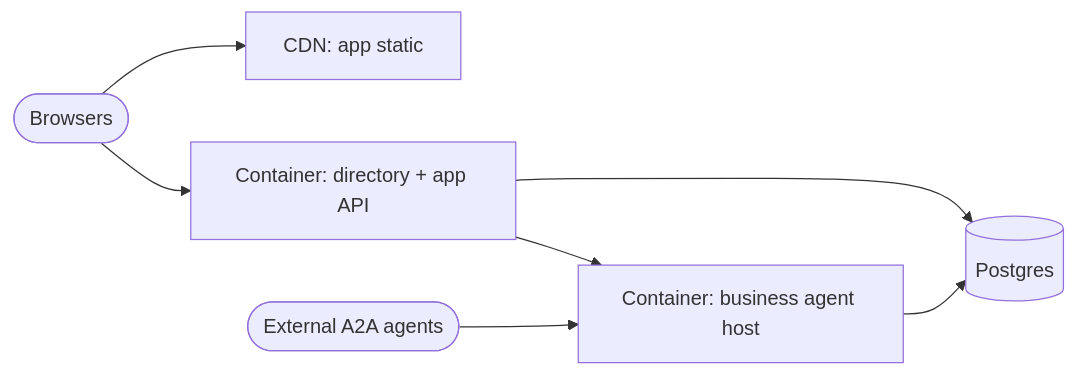
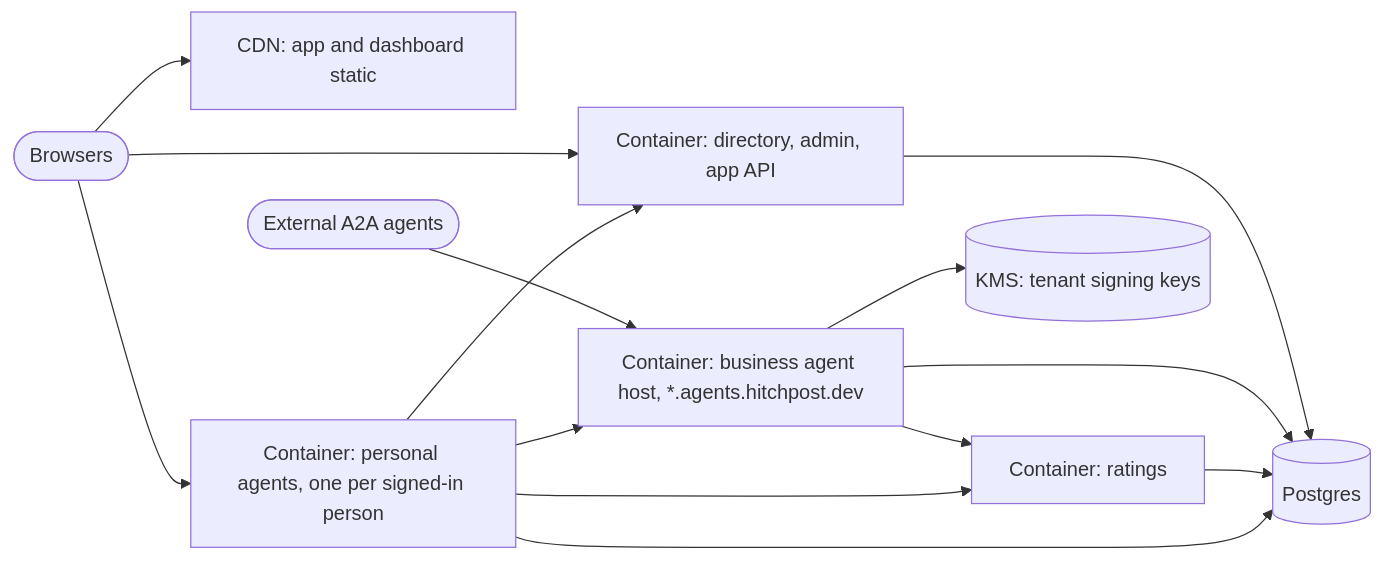
The seventh of 7 diagrams in docs/sad/10-architecture.md (Jannisar01/hitchpost), drawn with Mermaid before and after one commit. The commit also changed other lines of this file and 21 other files, not shown here.

````diff
--- a/docs/sad/10-architecture.md
+++ b/docs/sad/10-architecture.md
@@ -188,9 +257,16 @@
 ```mermaid
 flowchart LR
-  user([Browsers]) --> cdn[CDN: app static]
-  user --> api[Container: directory + app API]
-  ext([External A2A agents]) --> host[Container: business agent host]
+  user([Browsers]) --> cdn[CDN: app and dashboard static]
+  user --> api[Container: directory, admin, app API]
+  user --> pa[Container: personal agents, one per signed-in person]
+  ext([External A2A agents]) --> host["Container: business agent host, *.agents.hitchpost.dev"]
+  pa --> host
+  pa --> api
+  host --> rate[Container: ratings]
+  pa --> rate
   api --> pg[(Postgres)]
   host --> pg
-  api --> host
+  rate --> pg
+  pa --> pg
+  host --> kms[(KMS: tenant signing keys)]
 ```
````
